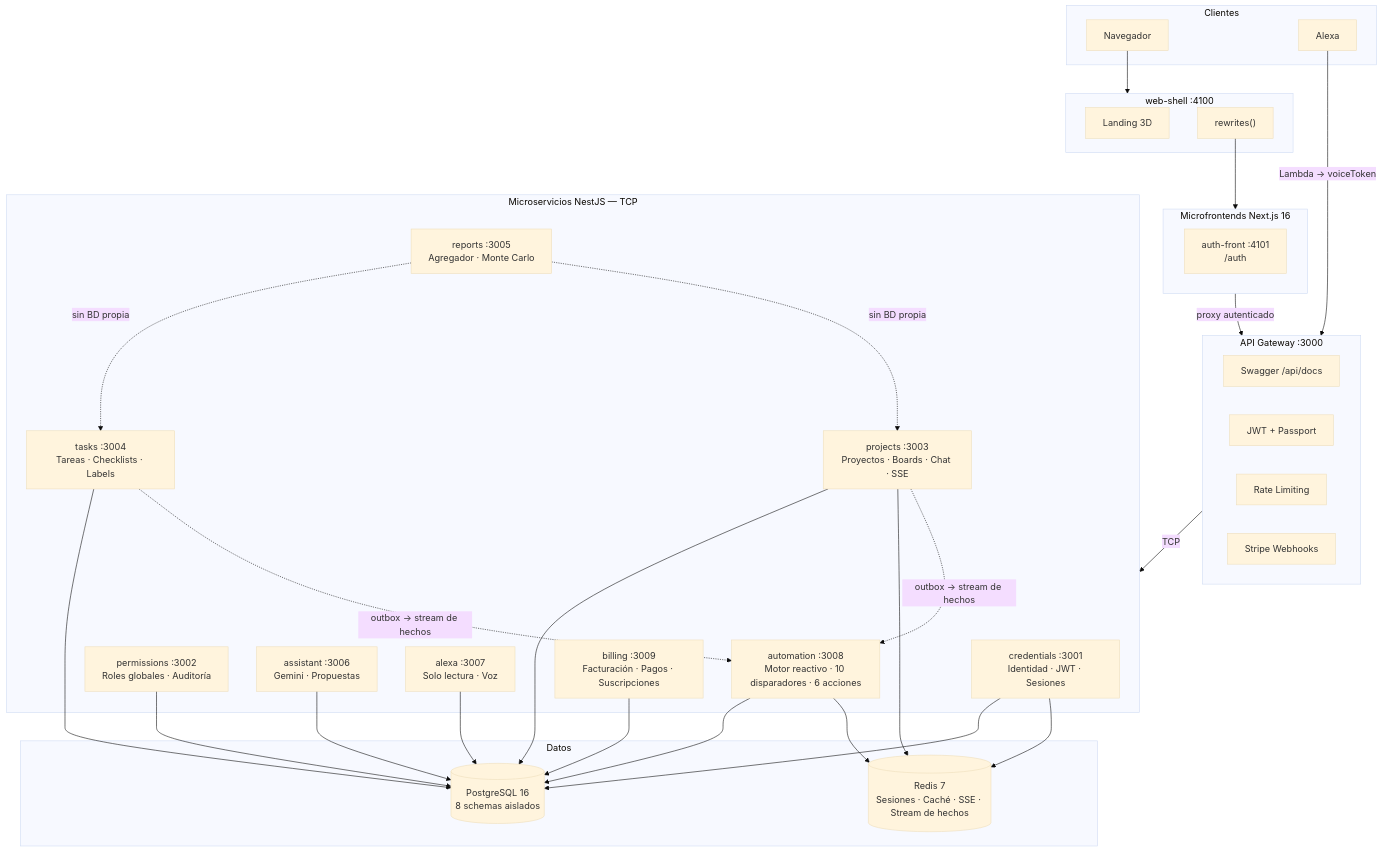
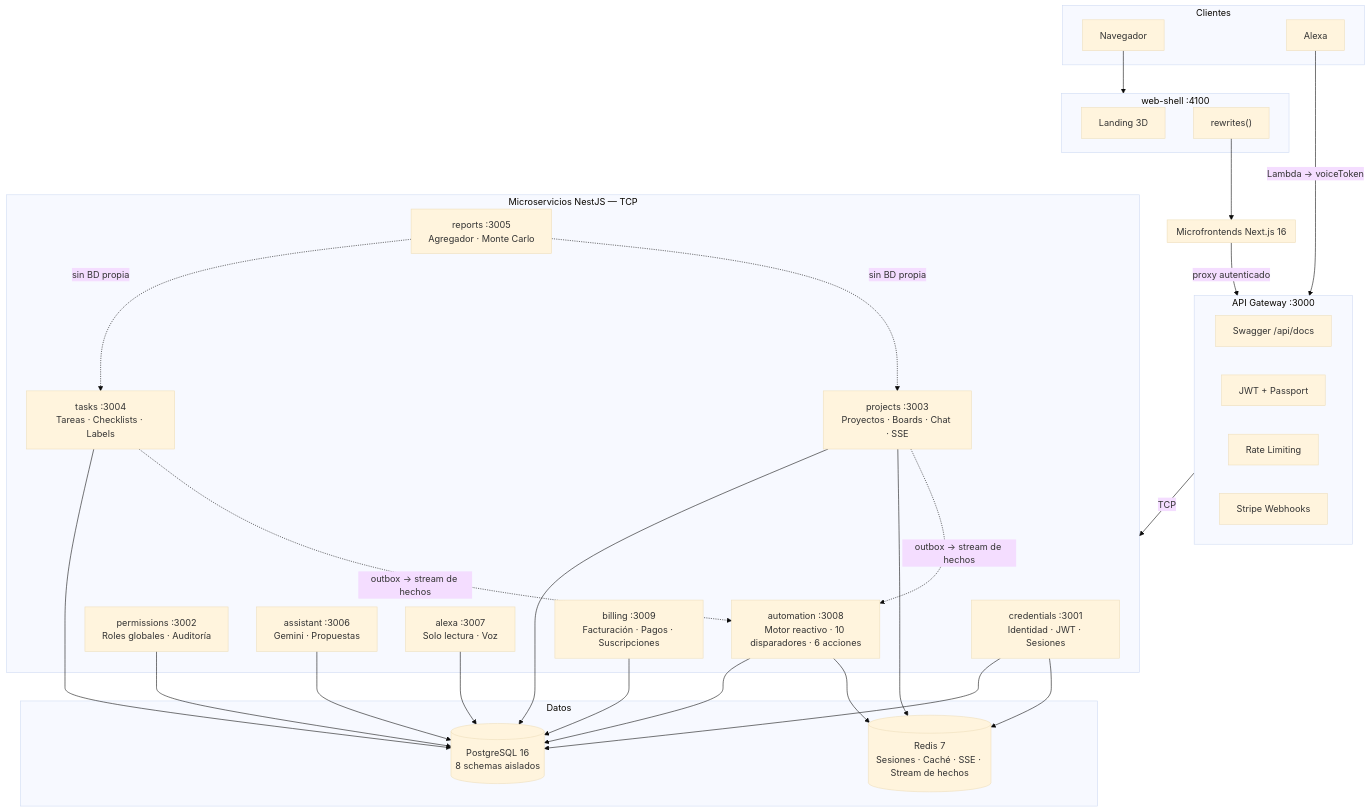
One commit to Ander-tsx/PRAXIS changed the diagram in README.md. Above: the diagram before and after it, drawn with Mermaid (base theme). The commit also changed other lines of this file and 60 other files, not shown here.

````diff
--- a/README.md
+++ b/README.md
@@ -62,50 +62,49 @@
 ```mermaid
 flowchart TB
     subgraph Clientes
         Browser["Navegador"]
         AlexaDevice["Alexa"]
     end
 
     subgraph shell["web-shell :4100"]
         Landing["Landing 3D"]
         Rewrites["rewrites()"]
     end
 
     subgraph zones["Microfrontends Next.js 16"]
-        Auth["auth-front :4101\n/auth"]
     end
 
     subgraph gw["API Gateway :3000"]
         Swagger["Swagger /api/docs"]
         JWT["JWT + Passport"]
         Throttle["Rate Limiting"]
         StripeWH["Stripe Webhooks"]
     end
 
     subgraph services["Microservicios NestJS — TCP"]
         Cred["credentials :3001\nIdentidad · JWT · Sesiones"]
         Perm["permissions :3002\nRoles globales · Auditoría"]
         ProjS["projects :3003\nProyectos · Boards · Chat · SSE"]
         Task["tasks :3004\nTareas · Checklists · Labels"]
         RepS["reports :3005\nAgregador · Monte Carlo"]
         Asst["assistant :3006\nGemini · Propuestas"]
         Alex["alexa :3007\nSolo lectura · Voz"]
         Automation["automation :3008\nMotor reactivo · 10 disparadores · 6 acciones"]
         Bill["billing :3009\nFacturación · Pagos · Suscripciones"]
     end
 
     subgraph data["Datos"]
         PG[("PostgreSQL 16\n8 schemas aislados")]
         Redis[("Redis 7\nSesiones · Caché · SSE · Stream de hechos")]
     end
 
     Browser --> shell
     Rewrites --> zones
     zones -->|proxy autenticado| gw
     AlexaDevice -->|Lambda → voiceToken| gw
     gw -->|TCP| services
     Cred & Perm & ProjS & Task & Alex & Asst & Automation & Bill --> PG
     RepS -.->|"sin BD propia"| Task & ProjS
     Cred & ProjS & Automation --> Redis
     Task & ProjS -.->|"outbox → stream de hechos"| Automation
 ```
````
